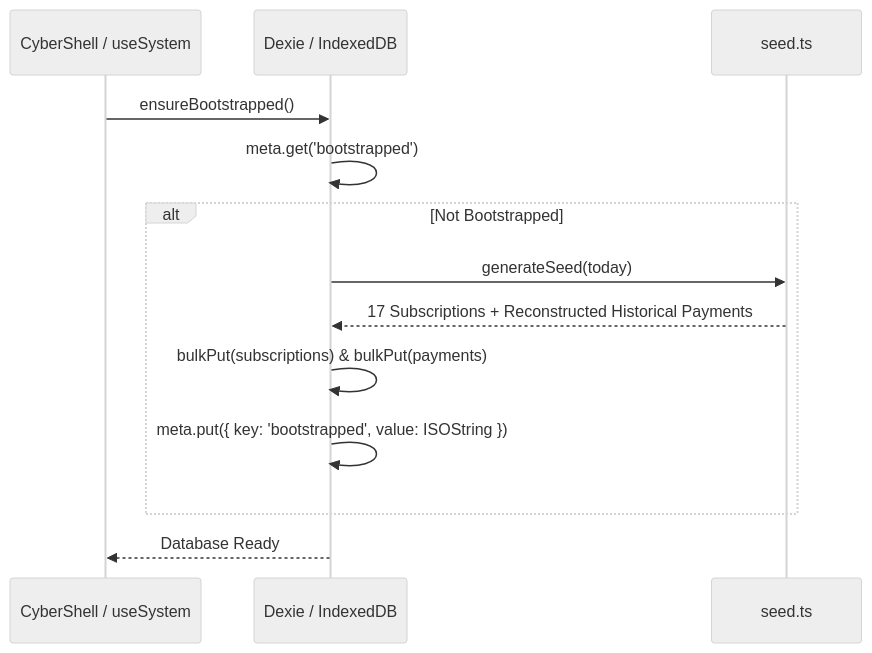
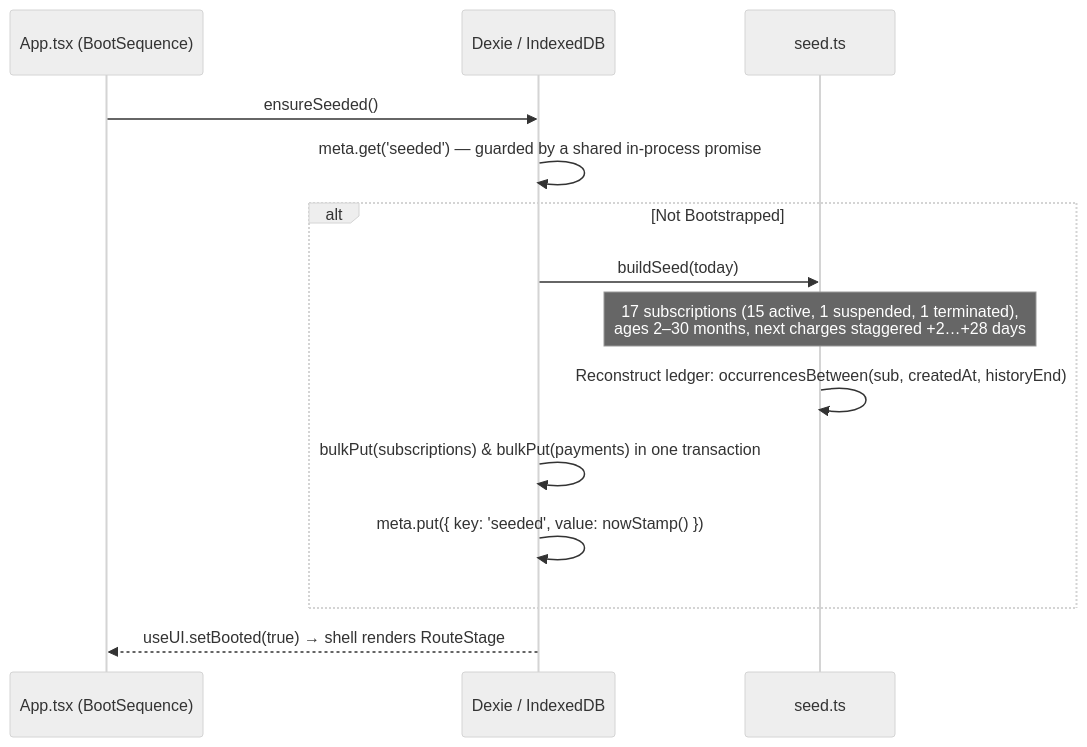
Before and after one commit to hariharen9/Subtrack: the second of 2 diagrams in AGENTS.md, drawn with Mermaid (neutral theme). The commit also changed other lines of this file, not shown here.

Commit message:
docs: update AGENTS.md with refined architecture, metrics, and project structure

````diff
--- a/AGENTS.md
+++ b/AGENTS.md
@@ -304,16 +309,17 @@
 ```mermaid
 sequenceDiagram
-    participant App as CyberShell / useSystem
+    participant App as App.tsx (BootSequence)
     participant DB as Dexie / IndexedDB
     participant Seed as seed.ts
 
-    App->>DB: ensureBootstrapped()
-    DB->>DB: meta.get('bootstrapped')
+    App->>DB: ensureSeeded()
+    DB->>DB: meta.get('seeded') — guarded by a shared in-process promise
     alt Not Bootstrapped
-        DB->>Seed: generateSeed(today)
-        Seed-->>DB: 17 Subscriptions + Reconstructed Historical Payments
-        DB->>DB: bulkPut(subscriptions) & bulkPut(payments)
-        DB->>DB: meta.put({ key: 'bootstrapped', value: ISOString })
+        DB->>Seed: buildSeed(today)
+        Note over Seed: 17 subscriptions (15 active, 1 suspended, 1 terminated),<br/>ages 2–30 months, next charges staggered +2…+28 days
+        Seed->>Seed: Reconstruct ledger: occurrencesBetween(sub, createdAt, historyEnd)
+        DB->>DB: bulkPut(subscriptions) & bulkPut(payments) in one transaction
+        DB->>DB: meta.put({ key: 'seeded', value: nowStamp() })
     end
-    DB-->>App: Database Ready
+    DB-->>App: useUI.setBooted(true) → shell renders RouteStage
 ```
````
